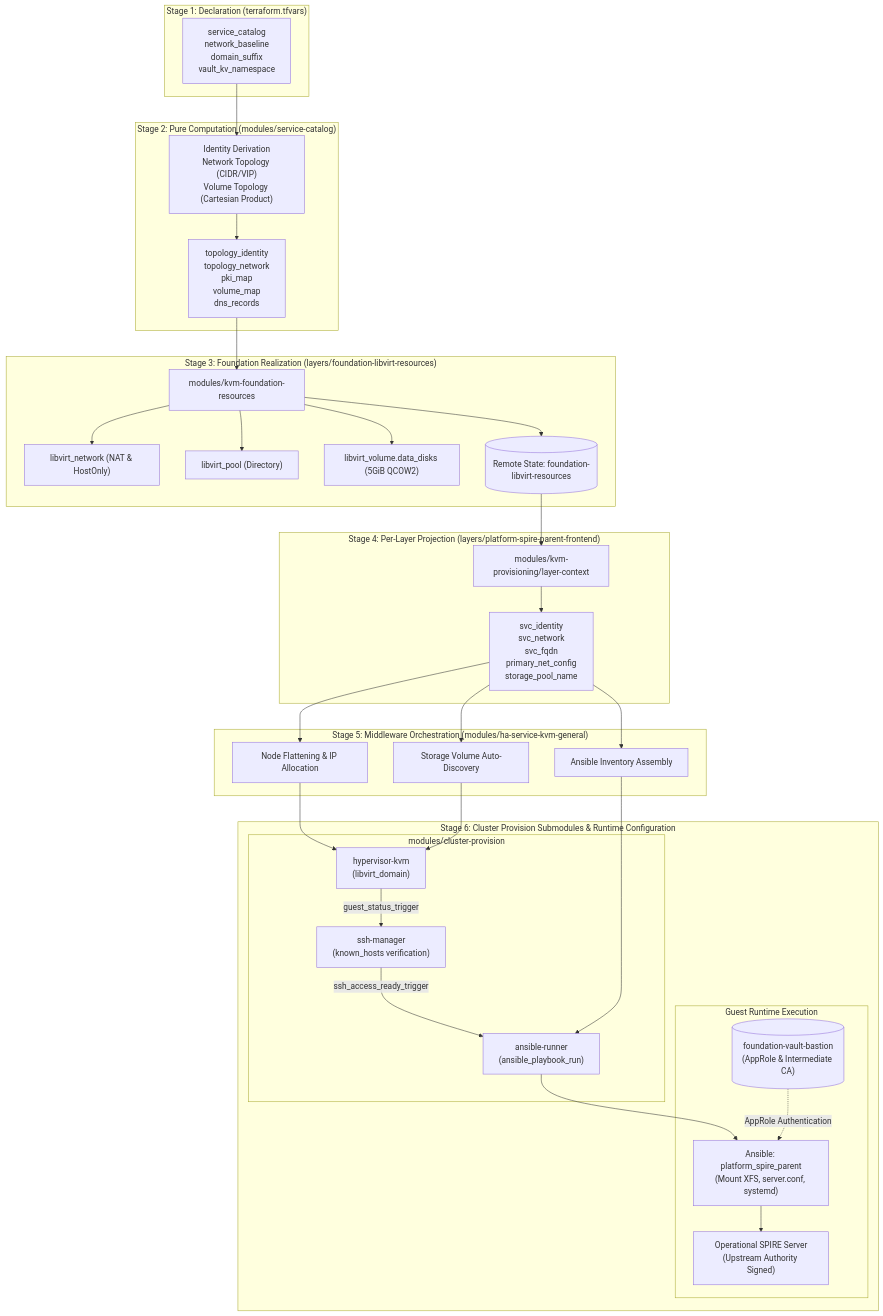
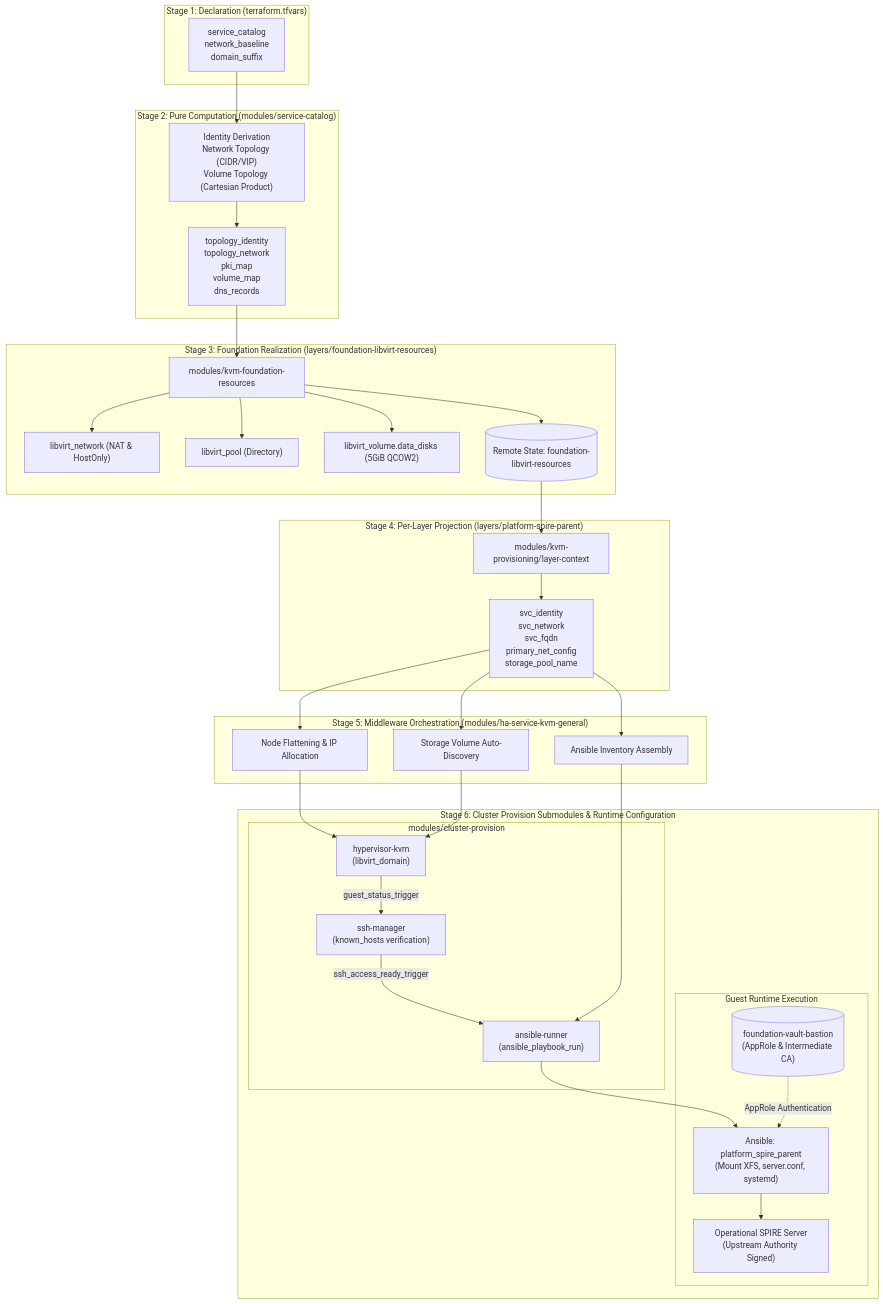
The first of 3 diagrams in documentation/architecture/kvm-provisioning-pipeline.md (csning1998/meta-platform), drawn with Mermaid before and after one commit. The commit also changed other lines of this file and 34 other files, not shown here.

````diff
--- a/documentation/architecture/kvm-provisioning-pipeline.md
+++ b/documentation/architecture/kvm-provisioning-pipeline.md
@@ -18,61 +18,61 @@
 ```mermaid
 flowchart TD
     subgraph S1 ["Stage 1: Declaration (terraform.tfvars)"]
-        SC_VARS["service_catalog\nnetwork_baseline\ndomain_suffix\nvault_kv_namespace"]
+        SC_VARS["service_catalog\nnetwork_baseline\ndomain_suffix"]
     end
 
     subgraph S2 ["Stage 2: Pure Computation (modules/service-catalog)"]
         SC_LOC["Identity Derivation\nNetwork Topology (CIDR/VIP)\nVolume Topology (Cartesian Product)"]
         SC_OUT["topology_identity\ntopology_network\npki_map\nvolume_map\ndns_records"]
     end
 
     subgraph S3 ["Stage 3: Foundation Realization (layers/foundation-libvirt-resources)"]
         KVM_FOUND["modules/kvm-foundation-resources"]
         RES_NET["libvirt_network (NAT & HostOnly)"]
         RES_POOL["libvirt_pool (Directory)"]
         RES_VOL["libvirt_volume.data_disks (5GiB QCOW2)"]
         FOUND_STATE[("Remote State: foundation-libvirt-resources")]
     end
 
-    subgraph S4 ["Stage 4: Per-Layer Projection (layers/platform-spire-parent-frontend)"]
+    subgraph S4 ["Stage 4: Per-Layer Projection (layers/platform-spire-parent)"]
         LC_MOD["modules/kvm-provisioning/layer-context"]
         LC_OUT["svc_identity\nsvc_network\nsvc_fqdn\nprimary_net_config\nstorage_pool_name"]
     end
 
     subgraph S5 ["Stage 5: Middleware Orchestration (modules/ha-service-kvm-general)"]
         FLAT["Node Flattening & IP Allocation"]
         VOL_DISC["Storage Volume Auto-Discovery"]
         INV_GEN["Ansible Inventory Assembly"]
     end
 
     subgraph S6 ["Stage 6: Cluster Provision Submodules & Runtime Configuration"]
         subgraph CP ["modules/cluster-provision"]
             HKVM["hypervisor-kvm\n(libvirt_domain)"]
             SSHM["ssh-manager\n(known_hosts verification)"]
             ARUN["ansible-runner\n(ansible_playbook_run)"]
         end
         subgraph RUNTIME ["Guest Runtime Execution"]
             VAULT_PKI[("foundation-vault-bastion\n(AppRole & Intermediate CA)")]
             ANS_ROLE["Ansible: platform_spire_parent\n(Mount XFS, server.conf, systemd)"]
             SPIRE_RUN["Operational SPIRE Server\n(Upstream Authority Signed)"]
         end
     end
 
     SC_VARS --> SC_LOC --> SC_OUT
     SC_OUT --> KVM_FOUND
     KVM_FOUND --> RES_NET & RES_POOL & RES_VOL
     KVM_FOUND --> FOUND_STATE
 
     FOUND_STATE --> LC_MOD
     LC_MOD --> LC_OUT
     LC_OUT --> FLAT & VOL_DISC & INV_GEN
 
     FLAT & VOL_DISC --> HKVM
     HKVM -->|guest_status_trigger| SSHM
     SSHM -->|ssh_access_ready_trigger| ARUN
     INV_GEN --> ARUN
 
     ARUN --> ANS_ROLE
     VAULT_PKI -.->|AppRole Authentication| ANS_ROLE
     ANS_ROLE --> SPIRE_RUN
 ```
````
